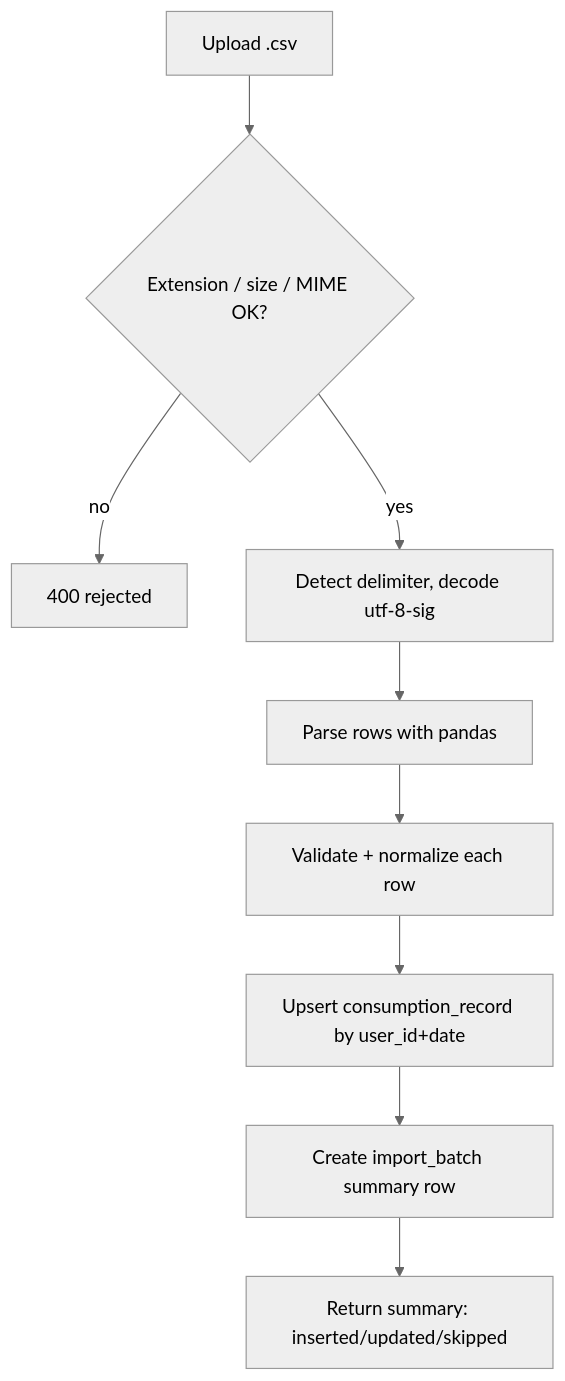
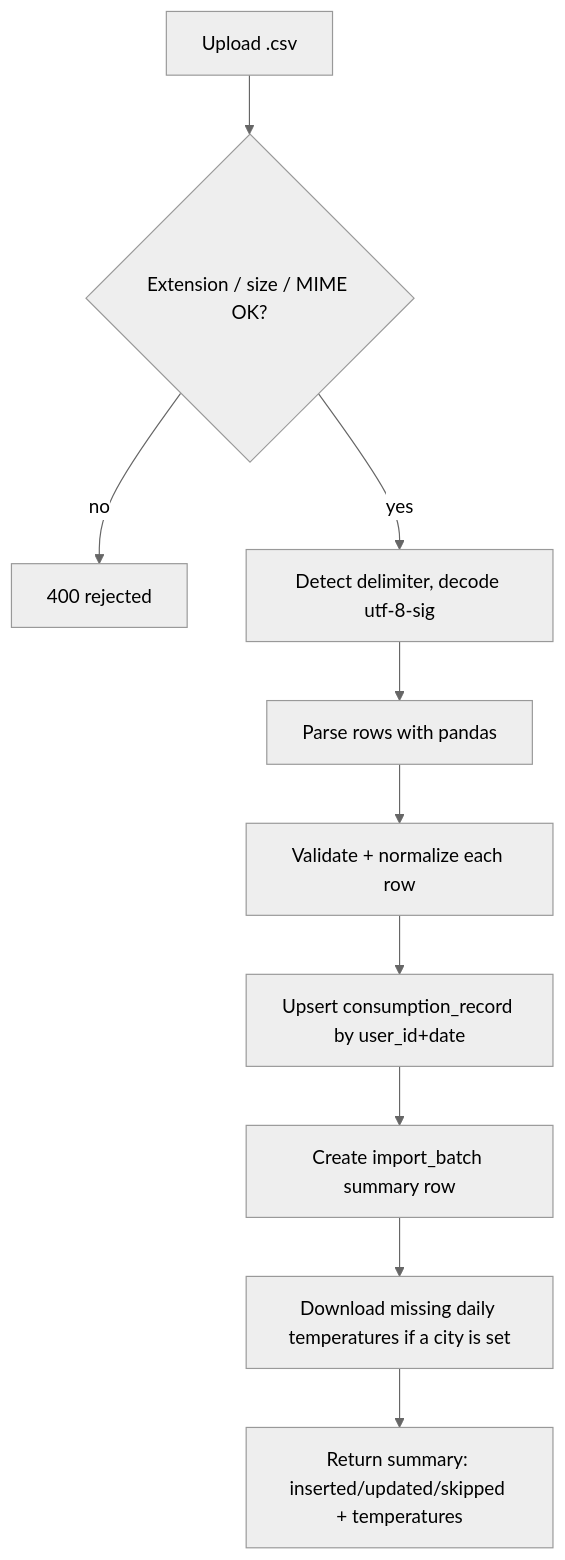
Before and after one commit to CSharplie/spark: the diagram in docs/03-csv-import.md, drawn with Mermaid (neutral theme). The commit also changed other lines of this file and 20 other files, not shown here.

First line of the commit message:
feat: download and store daily temperatures for consumption days

````diff
--- a/docs/03-csv-import.md
+++ b/docs/03-csv-import.md
@@ -83,11 +83,12 @@
 ```mermaid
 flowchart TD
     A[Upload .csv] --> B{Extension / size / MIME OK?}
     B -- no --> R[400 rejected]
     B -- yes --> C[Detect delimiter, decode utf-8-sig]
     C --> D[Parse rows with pandas]
     D --> E[Validate + normalize each row]
     E --> F[Upsert consumption_record by user_id+date]
     F --> G[Create import_batch summary row]
-    G --> H[Return summary: inserted/updated/skipped]
+    G --> T[Download missing daily temperatures if a city is set]
+    T --> H[Return summary: inserted/updated/skipped + temperatures]
 ```
````
